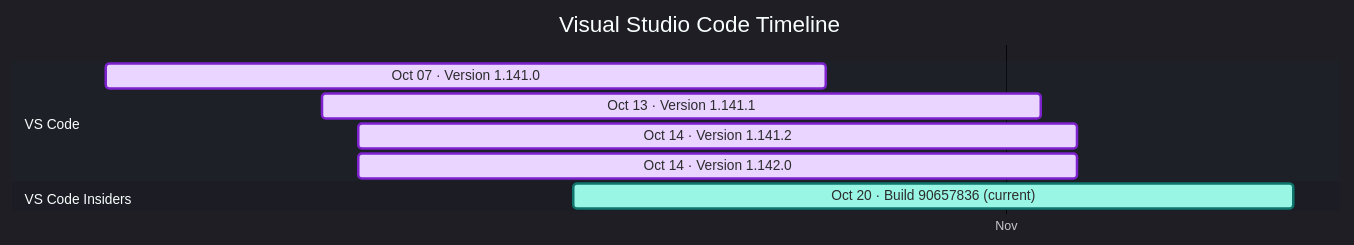
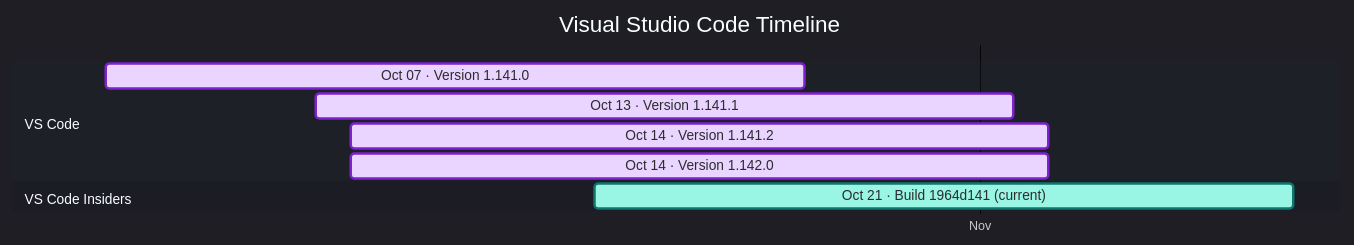
One commit to Oxelya-DevTools/VisualStudioUpdate changed the diagram in docs/vscode.md. Above: the diagram before and after it, drawn with Mermaid. The commit also changed other lines of this file and 3 other files, not shown here.

````diff
--- a/docs/vscode.md
+++ b/docs/vscode.md
@@ -9,15 +9,15 @@
 ```mermaid
 %%{init: {'theme':'dark','themeVariables': { 'fontFamily': 'Segoe UI', 'fontSize': '24px', 'textColor': '#F3F4F6', 'titleTextColor': '#FFFFFF', 'taskTextColor': '#111827', 'taskTextLightColor': '#111827', 'taskTextOutsideColor': '#F3F4F6', 'taskBkgColor': '#BAE6FD', 'taskBorderColor': '#0369A1', 'doneTaskBkgColor': '#E9D5FF', 'doneTaskBorderColor': '#7E22CE', 'activeTaskBkgColor': '#99F6E4', 'activeTaskBorderColor': '#0F766E', 'critTaskBkgColor': '#FED7AA', 'critTaskBorderColor': '#C2410C', 'sectionBkgColor': '#1F2937', 'altSectionBkgColor': '#111827', 'gridColor': '#4B5563', 'todayLineColor': '#F87171' }}}%%
 gantt
     title Visual Studio Code Timeline
     dateFormat  YYYY-MM-DD
     axisFormat  %b
     tickInterval 1month
     section VS Code
     Oct 07 · Version 1.141.0 : done, vscode202610070, 2026-10-07, 20d
     Oct 13 · Version 1.141.1 : done, vscode202610131, 2026-10-13, 20d
     Oct 14 · Version 1.141.2 : done, vscode202610142, 2026-10-14, 20d
     Oct 14 · Version 1.142.0 : done, vscode202610143, 2026-10-14, 20d
     section VS Code Insiders
-    Oct 20 · Build 90657836 (current) : active, vscodeinsiders202610200, 2026-10-20, 20d
+    Oct 21 · Build 1964d141 (current) : active, vscodeinsiders202610210, 2026-10-21, 20d
 ```
````
